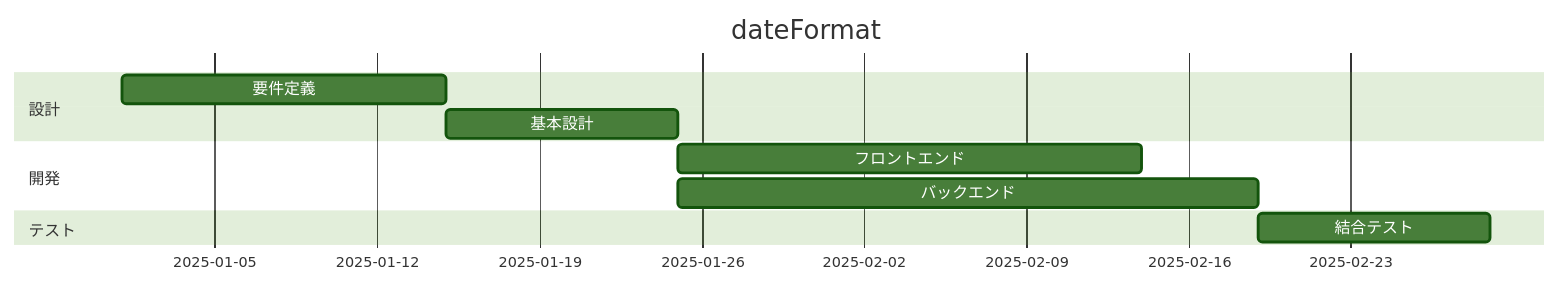
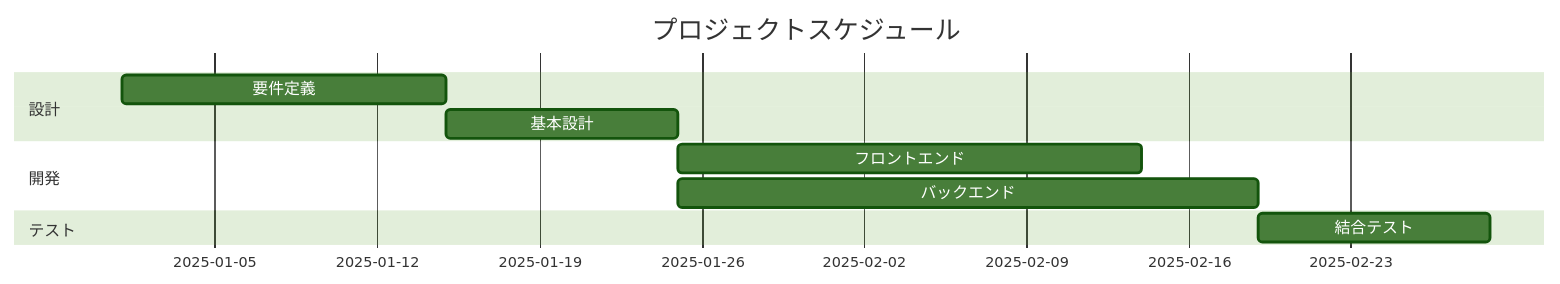
Before and after one commit to yuyakimkim/git-tutorial: the diagram in README.md, drawn with Mermaid (forest theme).

````diff
--- a/README.md
+++ b/README.md
@@ -21,13 +21,13 @@
 ```mermaid
 gantt
-    title
-    dateFormat
+    title プロジェクトスケジュール
+    dateFormat YYYY-MM-DD
     section 設計
         要件定義    :a1, 2025-01-01, 14d
         基本設計    :a2, after a1, 10d
     section 開発
         フロントエンド    :b1, after a2, 20d
         バックエンド    :b2, after a2, 25d
     section テスト
         結合テスト    :c1, after b2, 10d
 ```
````
